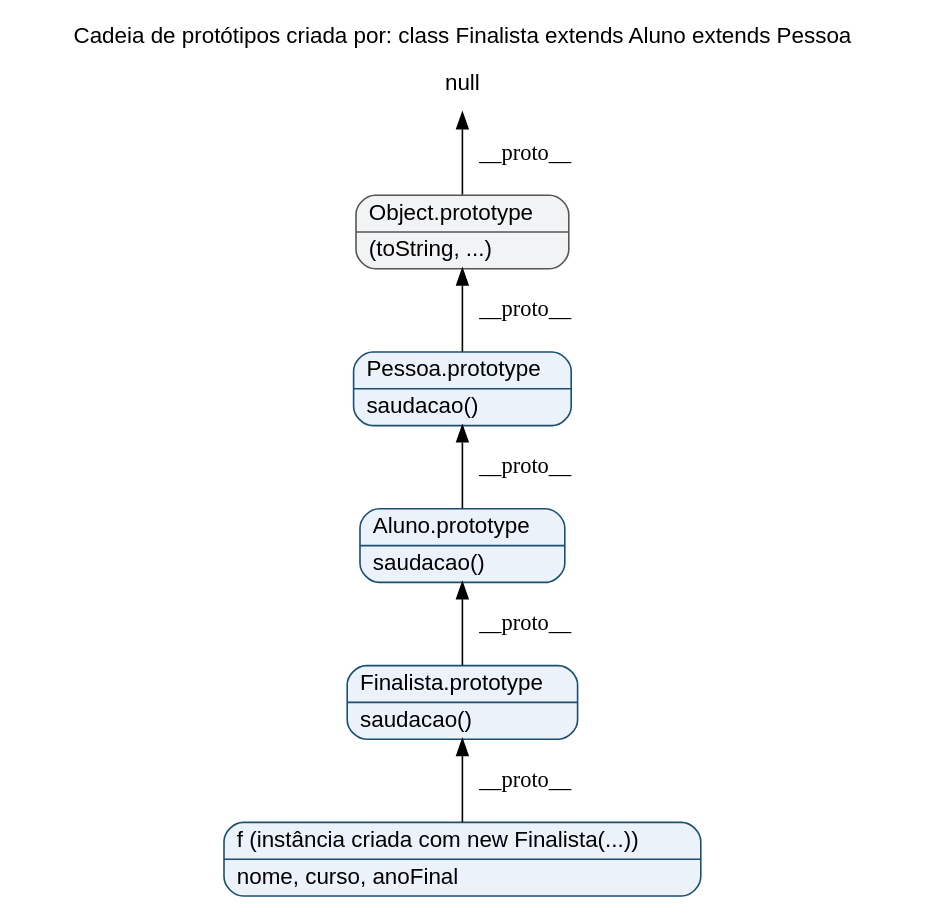
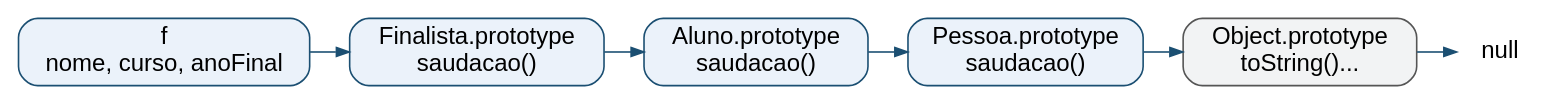
One commit to GoncaloAS/FCUP_1S_3A changed the diagram in TecnologiasWeb/figuras/js1_prototipos.dot. Above: the diagram before and after it, drawn with Graphviz. The commit also changed 58 other files, not shown here.

Commit message:
new architecture for token usage reduction

```diff
--- a/TecnologiasWeb/figuras/js1_prototipos.dot
+++ b/TecnologiasWeb/figuras/js1_prototipos.dot
@@ -1,21 +1,15 @@
 digraph prototipos {
-  rankdir=BT;
-  fontname="Helvetica";
-  node [shape=record, style="rounded,filled", fontname="Helvetica", fillcolor="#EBF2FA", color="#1B4F72"];
-
-  labelloc="t";
-  label="Cadeia de protótipos criada por: class Finalista extends Aluno extends Pessoa";
-
-  f  [label="{ f  (instância criada com new Finalista(...))\l | nome, curso, anoFinal\l }"];
-  Fp [label="{ Finalista.prototype\l | saudacao() \l }"];
-  Ap [label="{ Aluno.prototype\l | saudacao() \l }"];
-  Pp [label="{ Pessoa.prototype\l | saudacao() \l }"];
-  Op [label="{ Object.prototype\l | (toString, ...) \l }", fillcolor="#F2F3F4", color="#555555"];
-  nu [label="null", shape=plaintext, style="", fillcolor=none];
-
-  f  -> Fp [label="  __proto__"];
-  Fp -> Ap [label="  __proto__"];
-  Ap -> Pp [label="  __proto__"];
-  Pp -> Op [label="  __proto__"];
-  Op -> nu [label="  __proto__"];
+  // Cadeia de protótipos de f = new Finalista(...); cada seta é um __proto__
+  rankdir=LR;
+  nodesep=0.2; ranksep=0.35;
+  node [shape=box, style="rounded,filled", fontname="Helvetica", fontsize=15,
+        fillcolor="#EBF2FA", color="#1B4F72", margin="0.12,0.06"];
+  edge [color="#1B4F72", arrowsize=0.8];
+  f  [label="f\nnome, curso, anoFinal"];
+  Fp [label="Finalista.prototype\nsaudacao()"];
+  Ap [label="Aluno.prototype\nsaudacao()"];
+  Pp [label="Pessoa.prototype\nsaudacao()"];
+  Op [label="Object.prototype\ntoString()...", fillcolor="#F2F3F4", color="#555555"];
+  nu [label="null", shape=plaintext, style="", fontsize=15];
+  f -> Fp -> Ap -> Pp -> Op -> nu;
 }
```
